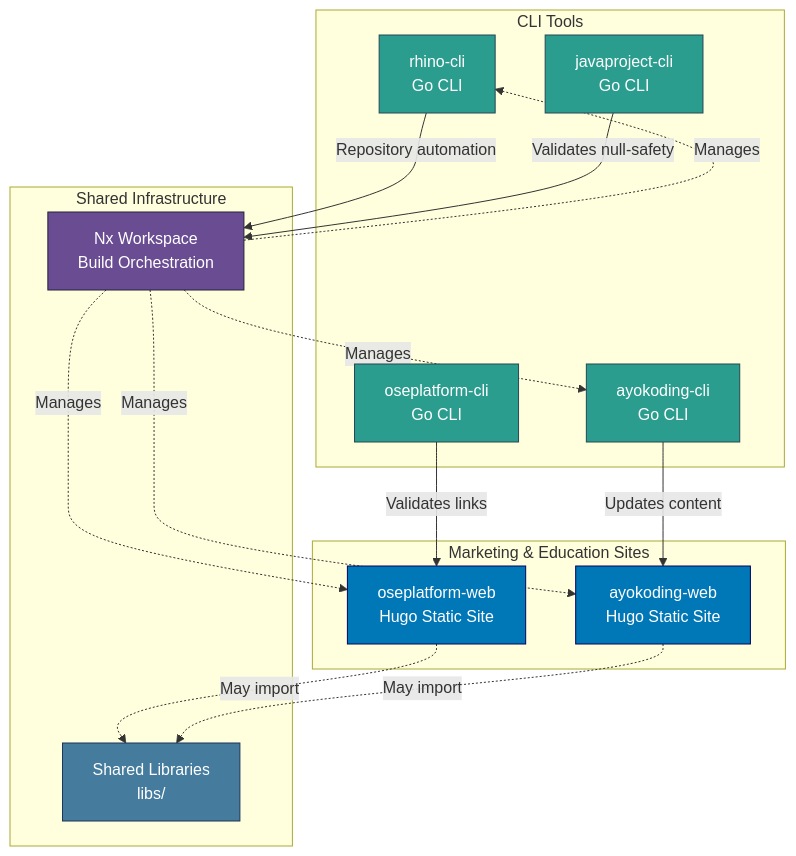
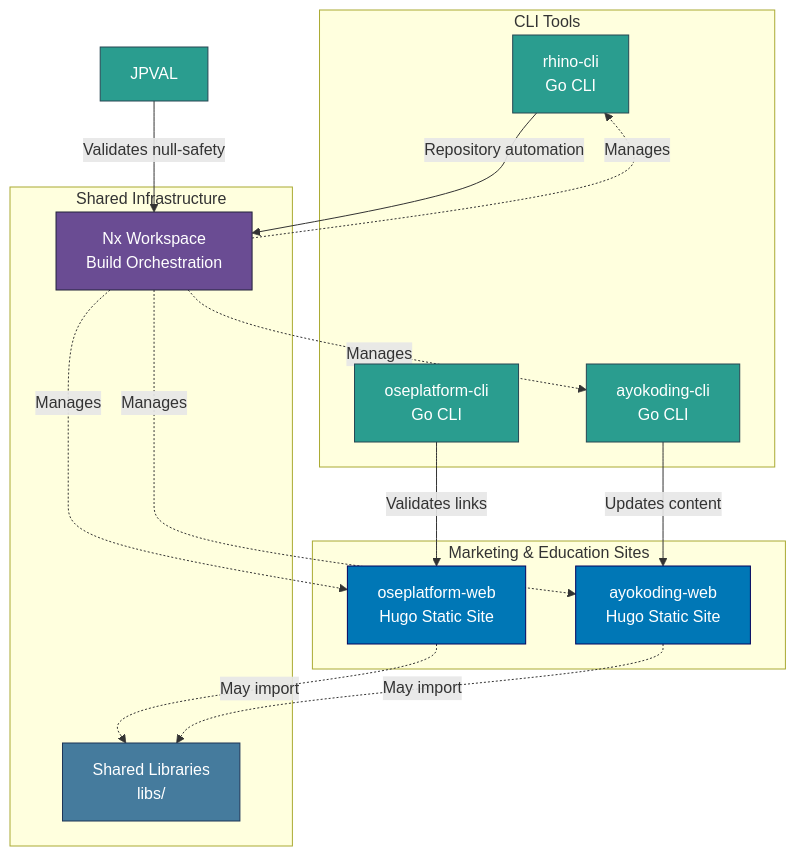
Before and after one commit to wahidyankf/open-sharia-enterprise: the second of 13 diagrams in docs/reference/re__system-architecture.md, drawn with Mermaid. The commit also changed other lines of this file and 30 other files, not shown here.

First line of the commit message:
feat(rhino-cli): absorb javaproject-cli as validate-java-annotations (v0.9.0)

````diff
--- a/docs/reference/re__system-architecture.md
+++ b/docs/reference/re__system-architecture.md
@@ -148,41 +136,40 @@
 ```mermaid
 graph TB
     subgraph "Marketing & Education Sites"
         OSE[oseplatform-web<br/>Hugo Static Site]
         AYO[ayokoding-web<br/>Hugo Static Site]
     end
 
     subgraph "CLI Tools"
         AYOCLI[ayokoding-cli<br/>Go CLI]
         RHINO[rhino-cli<br/>Go CLI]
-        JPVAL[javaproject-cli<br/>Go CLI]
         OSECLI[oseplatform-cli<br/>Go CLI]
     end
 
     subgraph "Shared Infrastructure"
         NX[Nx Workspace<br/>Build Orchestration]
         LIBS[Shared Libraries<br/>libs/]
     end
 
     AYOCLI -->|Updates content| AYO
     RHINO -->|Repository automation| NX
     JPVAL -->|Validates null-safety| NX
     OSECLI -->|Validates links| OSE
 
     NX -.->|Manages| OSE
     NX -.->|Manages| AYO
     NX -.->|Manages| AYOCLI
     NX -.->|Manages| RHINO
 
     OSE -.->|May import| LIBS
     AYO -.->|May import| LIBS
 
     style OSE fill:#0077b6,stroke:#03045e,color:#ffffff
     style AYO fill:#0077b6,stroke:#03045e,color:#ffffff
     style AYOCLI fill:#2a9d8f,stroke:#264653,color:#ffffff
     style RHINO fill:#2a9d8f,stroke:#264653,color:#ffffff
     style JPVAL fill:#2a9d8f,stroke:#264653,color:#ffffff
     style OSECLI fill:#2a9d8f,stroke:#264653,color:#ffffff
     style NX fill:#6a4c93,stroke:#22223b,color:#ffffff
     style LIBS fill:#457b9d,stroke:#1d3557,color:#ffffff
 ```
````
